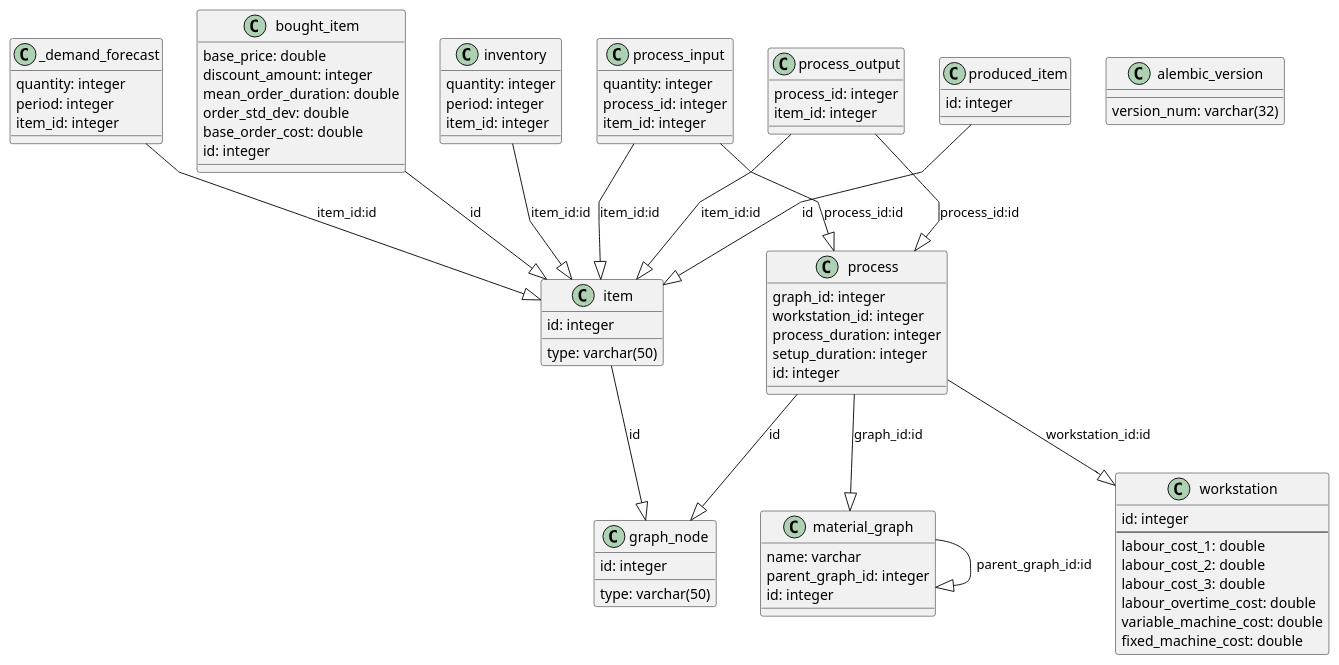
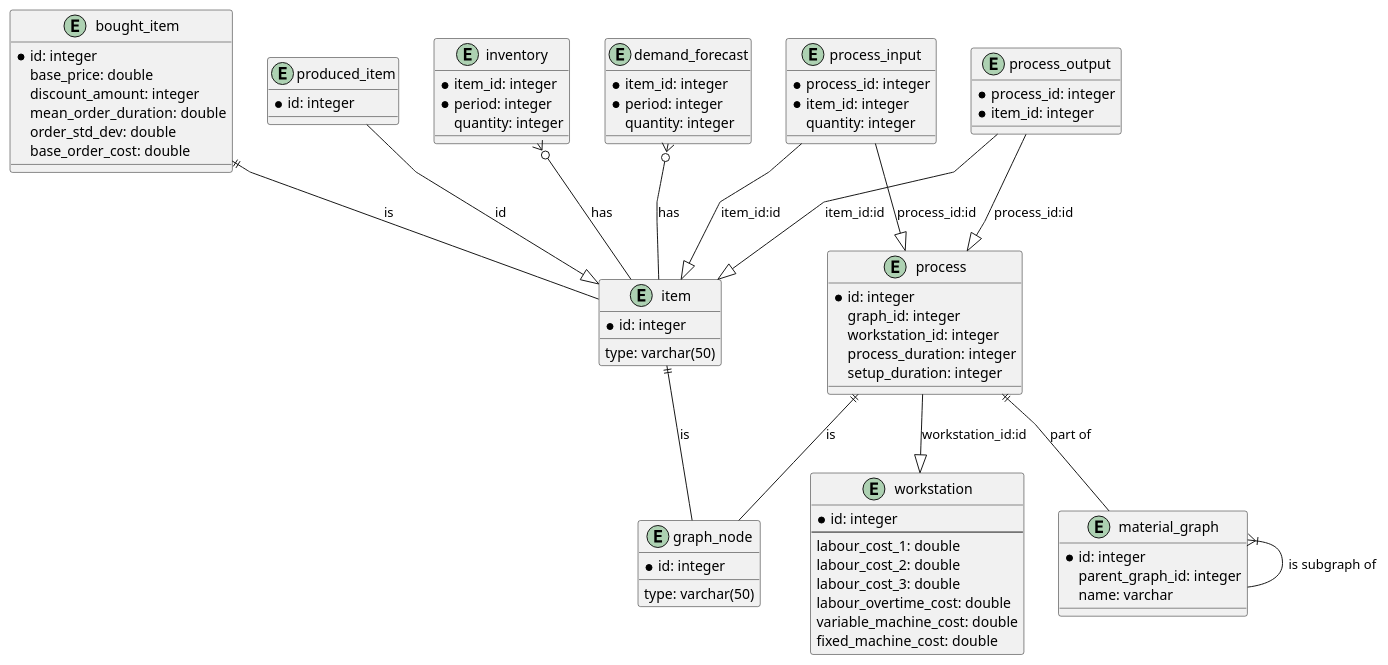
The diagram in user-docs/extras/architecture_diagrams/er_diagram.puml (buecktobias/ibsys2SCM), drawn with PlantUML before and after one commit. The commit also changed 21 other files, not shown here.

Commit message:
ER Diagram code structure and visualization improved !

```diff
--- a/user-docs/extras/architecture_diagrams/er_diagram.puml
+++ b/user-docs/extras/architecture_diagrams/er_diagram.puml
@@ -1,83 +1,91 @@
 @startuml
 
 top to bottom direction
 skinparam linetype polyline
 
-class _demand_forecast {
-   quantity: integer
-   period: integer
-   item_id: integer
-}
-class alembic_version {
-   version_num: varchar(32)
-}
-class bought_item {
-   base_price: double
-   discount_amount: integer
-   mean_order_duration: double
-   order_std_dev: double
-   base_order_cost: double
-   id: integer
-}
-class graph_node {
-   type: varchar(50)
-   id: integer
-}
-class inventory {
-   quantity: integer
-   period: integer
-   item_id: integer
-}
-class item {
-   type: varchar(50)
-   id: integer
-}
-class material_graph {
-   name: varchar
-   parent_graph_id: integer
-   id: integer
-}
-class process {
-   graph_id: integer
-   workstation_id: integer
-   process_duration: integer
-   setup_duration: integer
-   id: integer
-}
-class process_input {
-   quantity: integer
-   process_id: integer
-   item_id: integer
-}
-class process_output {
-   process_id: integer
-   item_id: integer
-}
-class produced_item {
-   id: integer
-}
-class workstation {
-   id: integer
-   ----
-   labour_cost_1: double
-   labour_cost_2: double
-   labour_cost_3: double
-   labour_overtime_cost: double
-   variable_machine_cost: double
-   fixed_machine_cost: double
+entity item {
+  * id: integer
+  type: varchar(50)
 }
 
-_demand_forecast  --^  item             : "item_id:id"
-bought_item       --^  item             : "id"
-inventory         --^  item             : "item_id:id"
-item              --^  graph_node       : "id"
-material_graph    --^  material_graph   : "parent_graph_id:id"
-process           --^  graph_node       : "id"
-process           --^  material_graph   : "graph_id:id"
+entity workstation {
+  * id: integer
+  ----
+  labour_cost_1: double
+  labour_cost_2: double
+  labour_cost_3: double
+  labour_overtime_cost: double
+  variable_machine_cost: double
+  fixed_machine_cost: double
+}
+
+entity graph_node {
+  * id: integer
+  type: varchar(50)
+}
+
+entity material_graph {
+  * id: integer
+  parent_graph_id: integer
+  name: varchar
+}
+
+entity process {
+  * id: integer
+  graph_id: integer
+  workstation_id: integer
+  process_duration: integer
+  setup_duration: integer
+}
+
+entity process_input {
+  * process_id: integer
+  * item_id: integer
+  quantity: integer
+}
+
+entity process_output {
+  * process_id: integer
+  * item_id: integer
+}
+
+entity bought_item {
+  * id: integer
+  base_price: double
+  discount_amount: integer
+  mean_order_duration: double
+  order_std_dev: double
+  base_order_cost: double
+}
+
+entity produced_item {
+  * id: integer
+}
+
+entity inventory {
+  * item_id: integer
+  * period: integer
+  quantity: integer
+}
+
+entity demand_forecast {
+  * item_id: integer
+  * period: integer
+  quantity: integer
+}
+
+demand_forecast  }o--  item: has
+bought_item ||-- item: is
+inventory }o-- item: has
+item ||-- graph_node: is
+material_graph }|-- material_graph   : "is subgraph of"
+process ||-- graph_node: is
+process ||-- material_graph   : part of
 process           --^  workstation      : "workstation_id:id"
 process_input     --^  item             : "item_id:id"
 process_input     --^  process          : "process_id:id"
 process_output    --^  item             : "item_id:id"
 process_output    --^  process          : "process_id:id"
 produced_item     --^  item             : "id"
+
 @enduml
```
